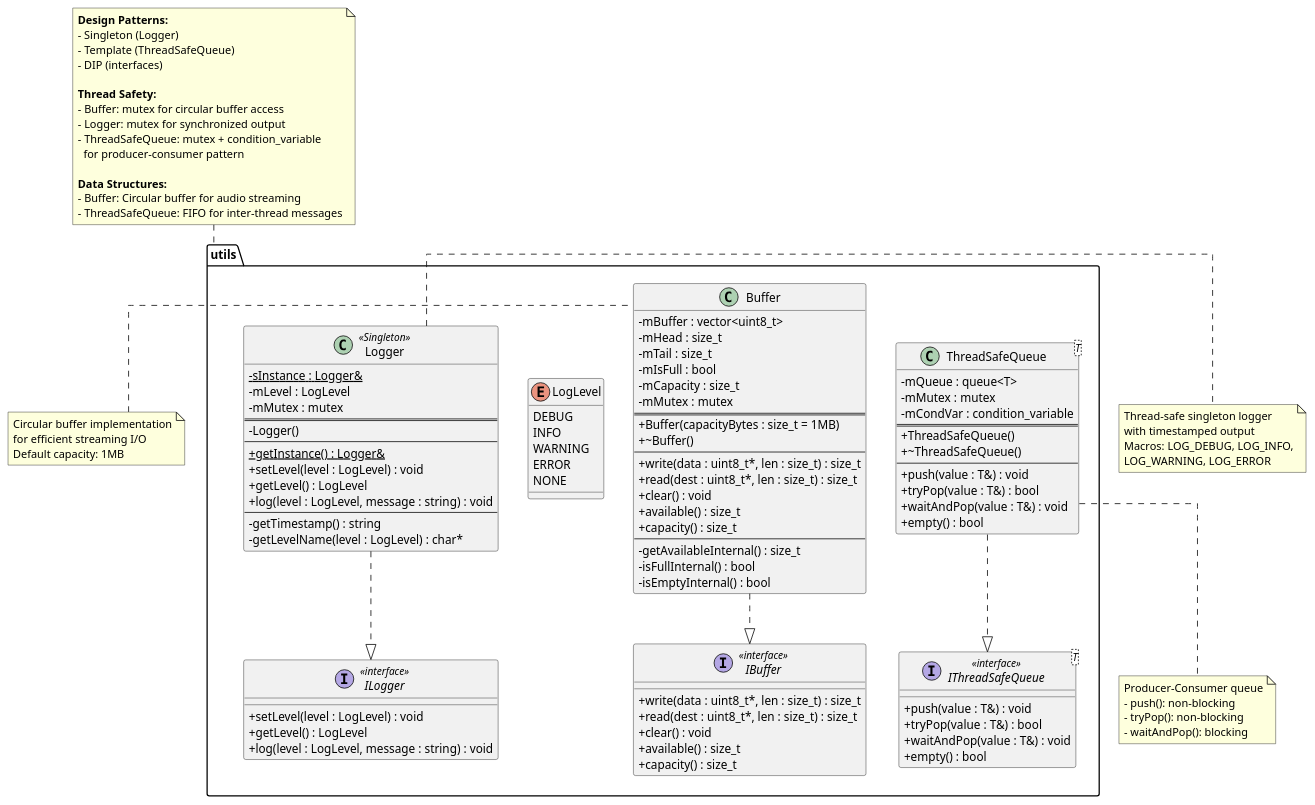
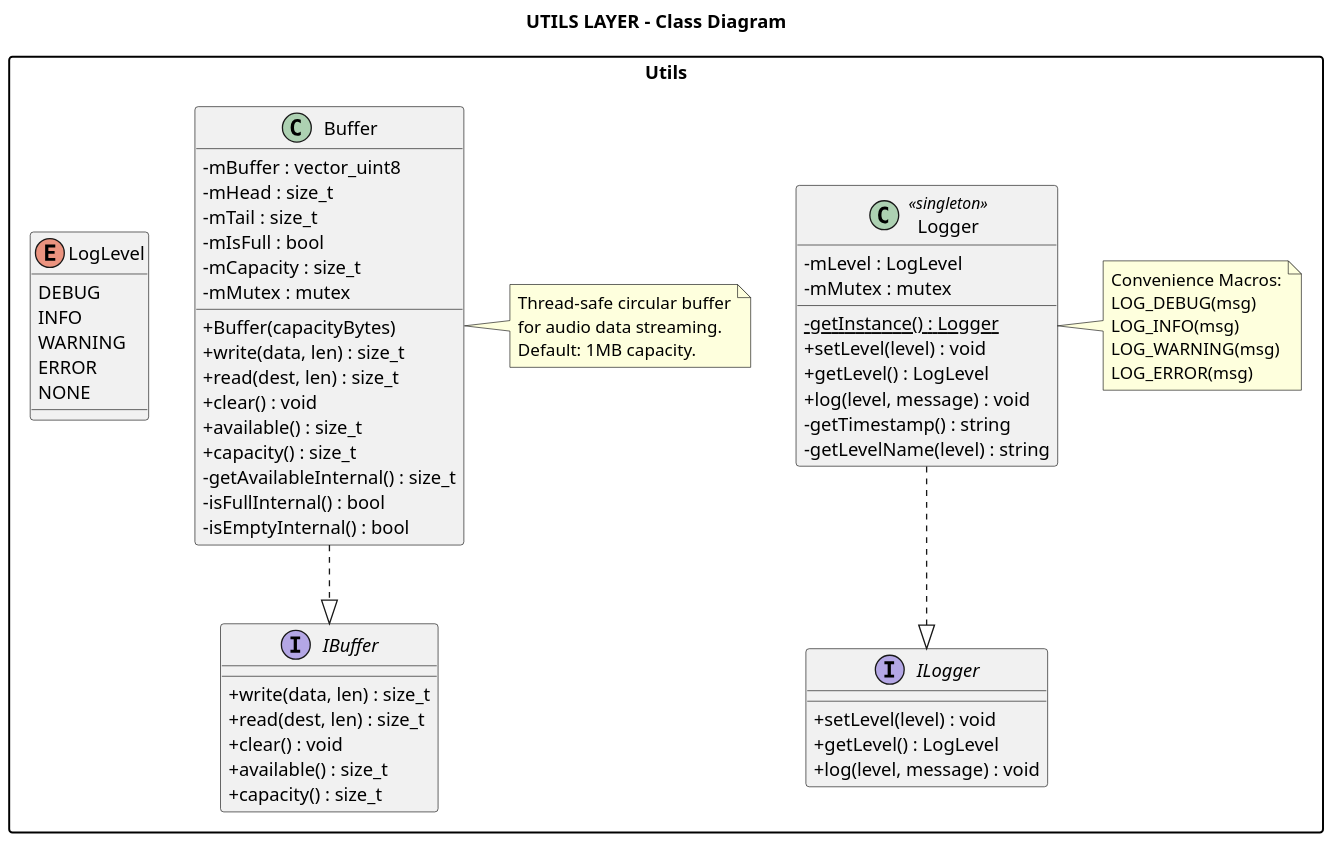
Before and after one commit to quan27092002-ctrl/MusicPlayer: the diagram in uml/lowlevel/class_diagram_utils.puml, drawn with PlantUML. The commit also changed 3 other files, not shown here.

```diff
--- a/uml/lowlevel/class_diagram_utils.puml
+++ b/uml/lowlevel/class_diagram_utils.puml
@@ -1,147 +1,79 @@
 @startuml class_diagram_utils
-' ============================================================================
-' S32K_MediaPlayer - Utils Layer Class Diagram
-' ============================================================================
 skinparam classAttributeIconSize 0
-skinparam linetype ortho
-skinparam groupInheritance 2
+skinparam dpi 150
+skinparam packageStyle rectangle
 
-' ============================================================================
-' PACKAGE: Utils
-' ============================================================================
-package "utils" {
-    ' ---- Enums ----
+title UTILS LAYER - Class Diagram
+
+package "Utils" {
+    
     enum LogLevel {
         DEBUG
         INFO
         WARNING
         ERROR
         NONE
     }
-
-    ' ---- Buffer ----
-    interface IBuffer <<interface>> {
-        +write(data : uint8_t*, len : size_t) : size_t
-        +read(dest : uint8_t*, len : size_t) : size_t
+    
+    interface IBuffer {
+        +write(data, len) : size_t
+        +read(dest, len) : size_t
         +clear() : void
         +available() : size_t
         +capacity() : size_t
     }
-
+    
     class Buffer {
-        -mBuffer : vector<uint8_t>
+        -mBuffer : vector_uint8
         -mHead : size_t
         -mTail : size_t
         -mIsFull : bool
         -mCapacity : size_t
         -mMutex : mutex
-        ==
-        +Buffer(capacityBytes : size_t = 1MB)
-        +~Buffer()
-        --
-        +write(data : uint8_t*, len : size_t) : size_t
-        +read(dest : uint8_t*, len : size_t) : size_t
+        +Buffer(capacityBytes)
+        +write(data, len) : size_t
+        +read(dest, len) : size_t
         +clear() : void
         +available() : size_t
         +capacity() : size_t
-        --
         -getAvailableInternal() : size_t
         -isFullInternal() : bool
         -isEmptyInternal() : bool
     }
-
-    Buffer ..|> IBuffer
-
-    ' ---- Logger ----
-    interface ILogger <<interface>> {
-        +setLevel(level : LogLevel) : void
+    
+    interface ILogger {
+        +setLevel(level) : void
         +getLevel() : LogLevel
-        +log(level : LogLevel, message : string) : void
+        +log(level, message) : void
     }
-
-    class Logger <<Singleton>> {
-        -{static} sInstance : Logger&
+    
+    class Logger <<singleton>> {
         -mLevel : LogLevel
         -mMutex : mutex
-        ==
-        -Logger()
-        --
-        +{static}getInstance() : Logger&
-        +setLevel(level : LogLevel) : void
+        -{static} getInstance() : Logger
+        +setLevel(level) : void
         +getLevel() : LogLevel
-        +log(level : LogLevel, message : string) : void
-        --
+        +log(level, message) : void
         -getTimestamp() : string
-        -getLevelName(level : LogLevel) : char*
+        -getLevelName(level) : string
     }
-
+    
+    Buffer ..|> IBuffer
     Logger ..|> ILogger
-
-    ' ---- ThreadSafeQueue ----
-    interface "IThreadSafeQueue<T>" as IThreadSafeQueue <<interface>> {
-        +push(value : T&) : void
-        +tryPop(value : T&) : bool
-        +waitAndPop(value : T&) : void
-        +empty() : bool
-    }
-
-    class "ThreadSafeQueue<T>" as ThreadSafeQueue {
-        -mQueue : queue<T>
-        -mMutex : mutex
-        -mCondVar : condition_variable
-        ==
-        +ThreadSafeQueue()
-        +~ThreadSafeQueue()
-        --
-        +push(value : T&) : void
-        +tryPop(value : T&) : bool
-        +waitAndPop(value : T&) : void
-        +empty() : bool
-    }
-
-    ThreadSafeQueue ..|> IThreadSafeQueue
+    
+    note right of Logger
+        Convenience Macros:
+        LOG_DEBUG(msg)
+        LOG_INFO(msg)
+        LOG_WARNING(msg)
+        LOG_ERROR(msg)
+    end note
+    
+    note right of Buffer
+        Thread-safe circular buffer
+        for audio data streaming.
+        Default: 1MB capacity.
+    end note
 }
 
-' ============================================================================
-' NOTES
-' ============================================================================
-note as N1
-  <b>Design Patterns:</b>
-  - Singleton (Logger)
-  - Template (ThreadSafeQueue)
-  - DIP (interfaces)
-  
-  <b>Thread Safety:</b>
-  - Buffer: mutex for circular buffer access
-  - Logger: mutex for synchronized output
-  - ThreadSafeQueue: mutex + condition_variable
-    for producer-consumer pattern
-  
-  <b>Data Structures:</b>
-  - Buffer: Circular buffer for audio streaming
-  - ThreadSafeQueue: FIFO for inter-thread messages
-end note
-
-N1 .. utils
-
-note left of Buffer
-  Circular buffer implementation
-  for efficient streaming I/O
-  Default capacity: 1MB
-end note
-
-note right of Logger
-  Thread-safe singleton logger
-  with timestamped output
-  Macros: LOG_DEBUG, LOG_INFO,
-  LOG_WARNING, LOG_ERROR
-end note
-
-note bottom of ThreadSafeQueue
-  Producer-Consumer queue
-  - push(): non-blocking
-  - tryPop(): non-blocking
-  - waitAndPop(): blocking
-end note
-
 @enduml
```
